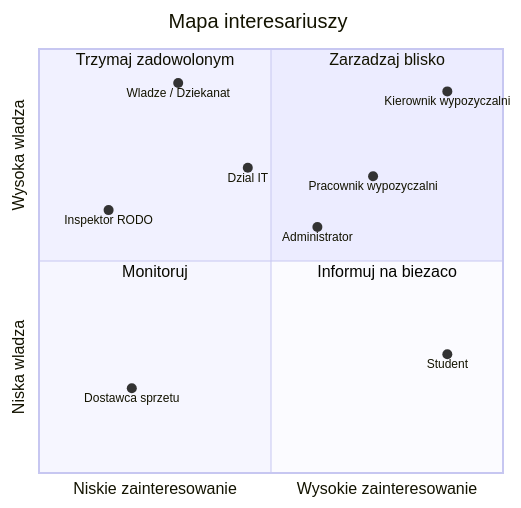
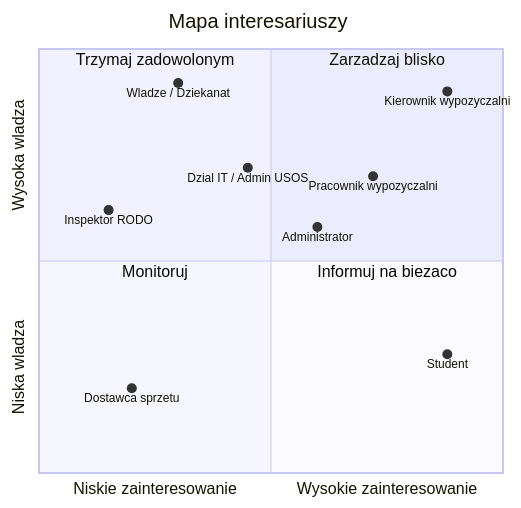
The second of 2 diagrams in docs/01-kontekst-interesariusze.md (artkowal/TMP-student-gear-rental), drawn with Mermaid before and after one commit. The commit also changed other lines of this file and 4 other files, not shown here.

````diff
--- a/docs/01-kontekst-interesariusze.md
+++ b/docs/01-kontekst-interesariusze.md
@@ -94,18 +95,18 @@
 ```mermaid
 quadrantChart
     title Mapa interesariuszy
     x-axis "Niskie zainteresowanie" --> "Wysokie zainteresowanie"
     y-axis "Niska wladza" --> "Wysoka wladza"
     quadrant-1 "Zarzadzaj blisko"
     quadrant-2 "Trzymaj zadowolonym"
     quadrant-3 "Monitoruj"
     quadrant-4 "Informuj na biezaco"
     "Kierownik wypozyczalni": [0.88, 0.9]
     "Pracownik wypozyczalni": [0.72, 0.7]
     "Administrator": [0.6, 0.58]
     "Wladze / Dziekanat": [0.3, 0.92]
-    "Dzial IT": [0.45, 0.72]
+    "Dzial IT / Admin USOS": [0.45, 0.72]
     "Inspektor RODO": [0.15, 0.62]
     "Student": [0.88, 0.28]
     "Dostawca sprzetu": [0.2, 0.2]
 ```
````
